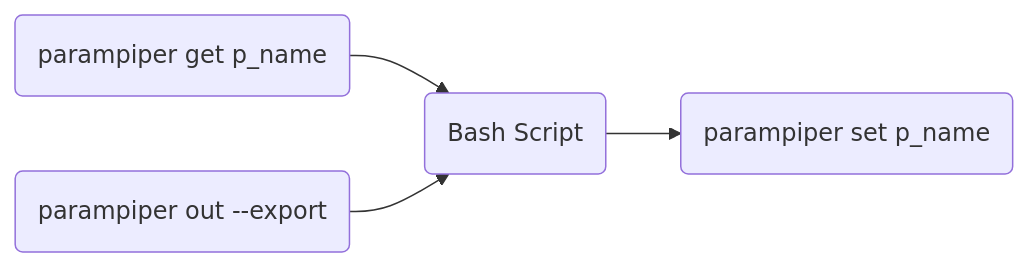
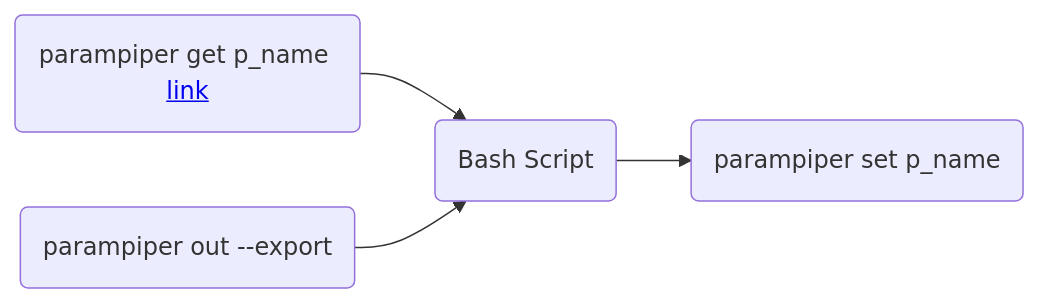
One commit to cdalar/parampiper changed the first of 2 diagrams in README.md. Above: the diagram before and after it, drawn with Mermaid.

````diff
--- a/README.md
+++ b/README.md
@@ -4,9 +4,9 @@
 ```mermaid
 flowchart LR
-X(parampiper get p_name)--> A(Bash Script) -->B(parampiper set p_name)
+X(parampiper get p_name <a href='http://google.com'>link</a>)--> A(Bash Script) -->B(parampiper set p_name)
 Y(parampiper out --export) --> A
 %% B --> C{Decision}
 %% C -->|One| D[Result 1]
 %% C -->|Two| E[Result 2]
 
 ```
````
